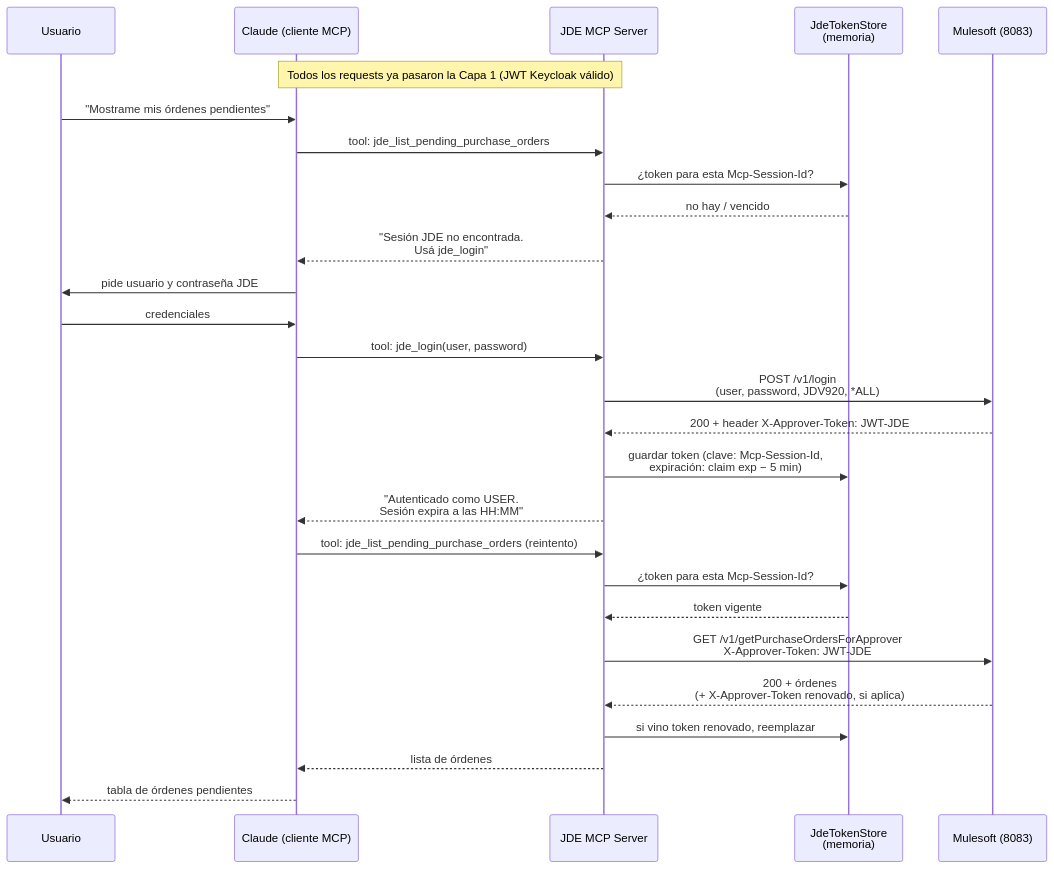
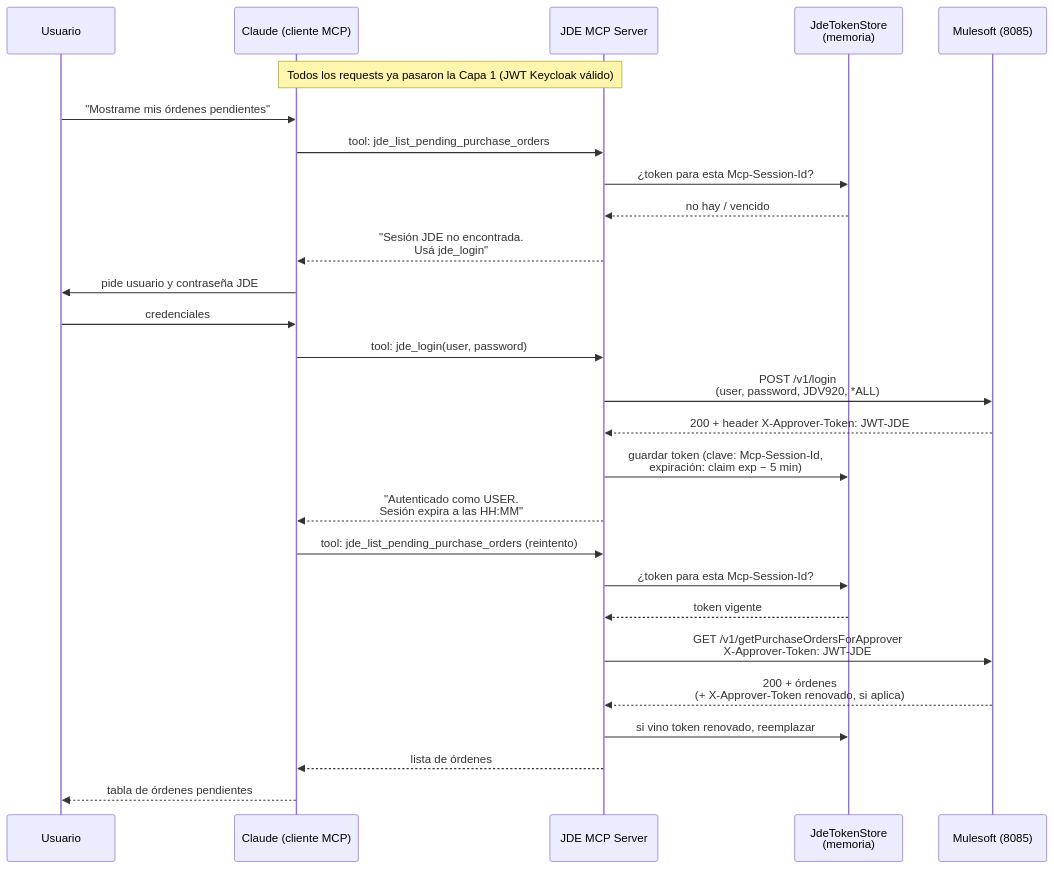
One commit to AcquaNet/JDEAtinaMCPPurchaseServer changed the second of 2 diagrams in AUTHENTICATION.md. Above: the diagram before and after it, drawn with Mermaid. The commit also changed other lines of this file and 22 other files, not shown here.

````diff
--- a/AUTHENTICATION.md
+++ b/AUTHENTICATION.md
@@ -158,33 +160,33 @@
 ```mermaid
 sequenceDiagram
     participant U as Usuario
     participant C as Claude (cliente MCP)
     participant S as JDE MCP Server
     participant T as JdeTokenStore<br/>(memoria)
-    participant W as Mulesoft (8083)
+    participant W as Mulesoft (8085)
 
     Note over C,S: Todos los requests ya pasaron la Capa 1 (JWT Keycloak válido)
 
     U->>C: "Mostrame mis órdenes pendientes"
     C->>S: tool: jde_list_pending_purchase_orders
     S->>T: ¿token para esta Mcp-Session-Id?
     T-->>S: no hay / vencido
     S-->>C: "Sesión JDE no encontrada.<br/>Usá jde_login"
 
     C->>U: pide usuario y contraseña JDE
     U->>C: credenciales
     C->>S: tool: jde_login(user, password)
     S->>W: POST /v1/login<br/>(user, password, JDV920, *ALL)
     W-->>S: 200 + header X-Approver-Token: JWT-JDE
     S->>T: guardar token (clave: Mcp-Session-Id,<br/>expiración: claim exp − 5 min)
     S-->>C: "Autenticado como USER.<br/>Sesión expira a las HH:MM"
 
     C->>S: tool: jde_list_pending_purchase_orders (reintento)
     S->>T: ¿token para esta Mcp-Session-Id?
     T-->>S: token vigente
     S->>W: GET /v1/getPurchaseOrdersForApprover<br/>X-Approver-Token: JWT-JDE
     W-->>S: 200 + órdenes<br/>(+ X-Approver-Token renovado, si aplica)
     S->>T: si vino token renovado, reemplazar
     S-->>C: lista de órdenes
     C-->>U: tabla de órdenes pendientes
 ```
````
